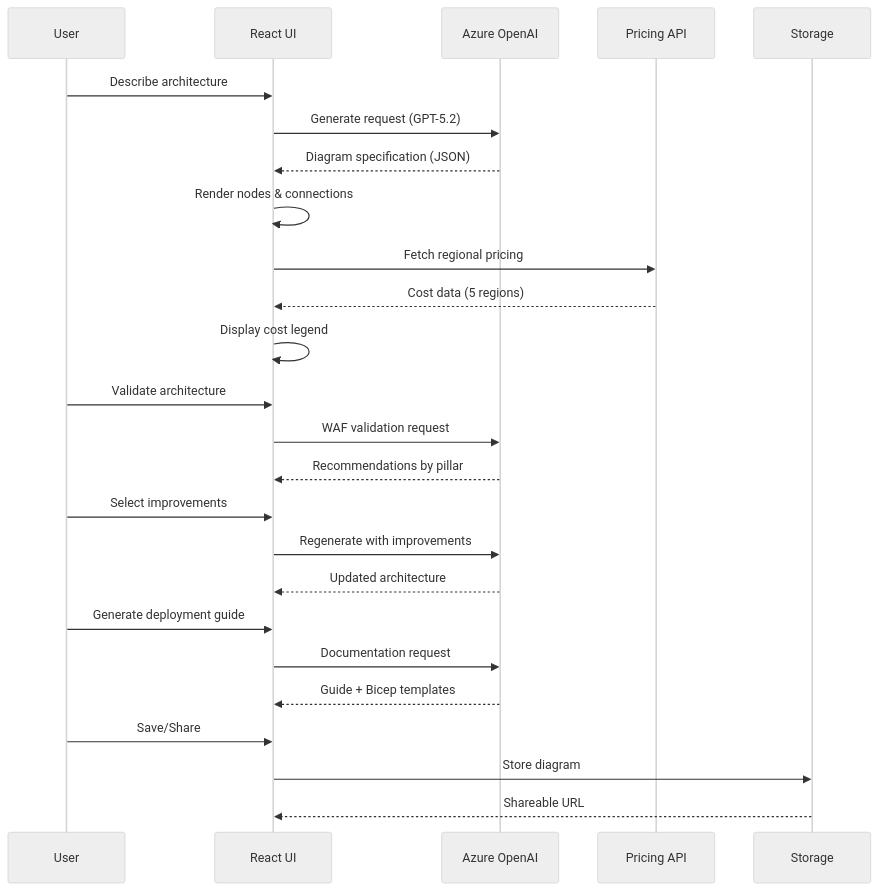
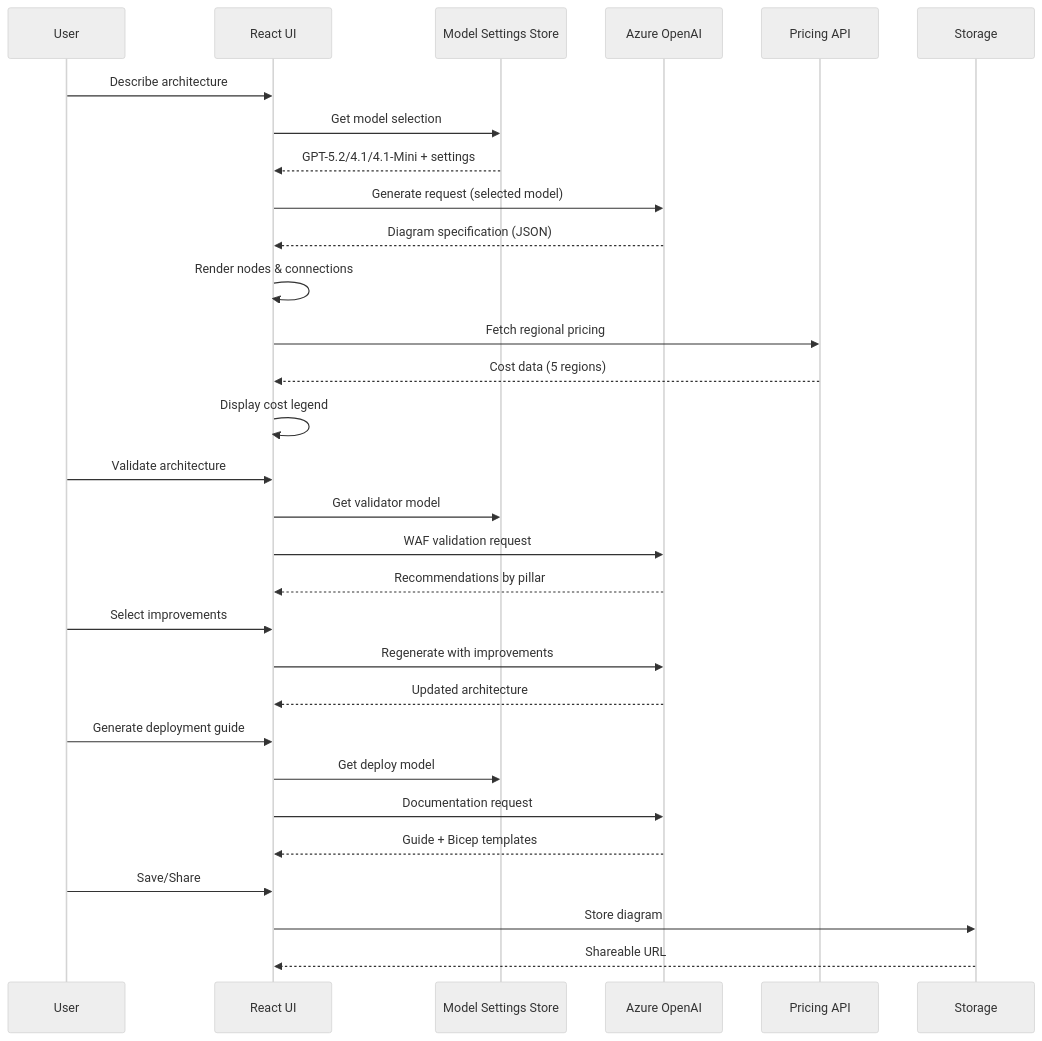
Before and after one commit to Arturo-Quiroga-MSFT/azure-architecture-diagram-builder: the second of 3 diagrams in README.md, drawn with Mermaid (neutral theme). The commit also changed other lines of this file and 15 other files, not shown here.

````diff
--- a/README.md
+++ b/README.md
@@ -165,31 +165,36 @@
 ```mermaid
 sequenceDiagram
     participant U as User
     participant UI as React UI
+    participant MS as Model Settings Store
     participant AI as Azure OpenAI
     participant P as Pricing API
     participant S as Storage
 
     U->>UI: Describe architecture
-    UI->>AI: Generate request (GPT-5.2)
+    UI->>MS: Get model selection
+    MS-->>UI: GPT-5.2/4.1/4.1-Mini + settings
+    UI->>AI: Generate request (selected model)
     AI-->>UI: Diagram specification (JSON)
     UI->>UI: Render nodes & connections
     UI->>P: Fetch regional pricing
     P-->>UI: Cost data (5 regions)
     UI->>UI: Display cost legend
     
     U->>UI: Validate architecture
+    UI->>MS: Get validator model
     UI->>AI: WAF validation request
     AI-->>UI: Recommendations by pillar
     U->>UI: Select improvements
     UI->>AI: Regenerate with improvements
     AI-->>UI: Updated architecture
     
     U->>UI: Generate deployment guide
+    UI->>MS: Get deploy model
     UI->>AI: Documentation request
     AI-->>UI: Guide + Bicep templates
     
     U->>UI: Save/Share
     UI->>S: Store diagram
     S-->>UI: Shareable URL
 ```
````
